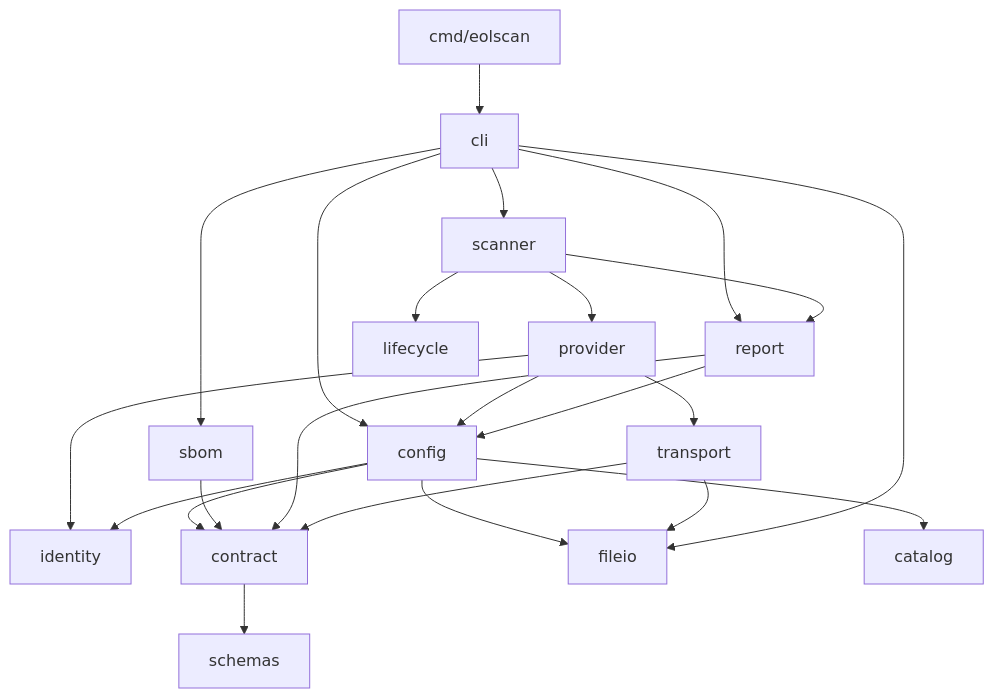
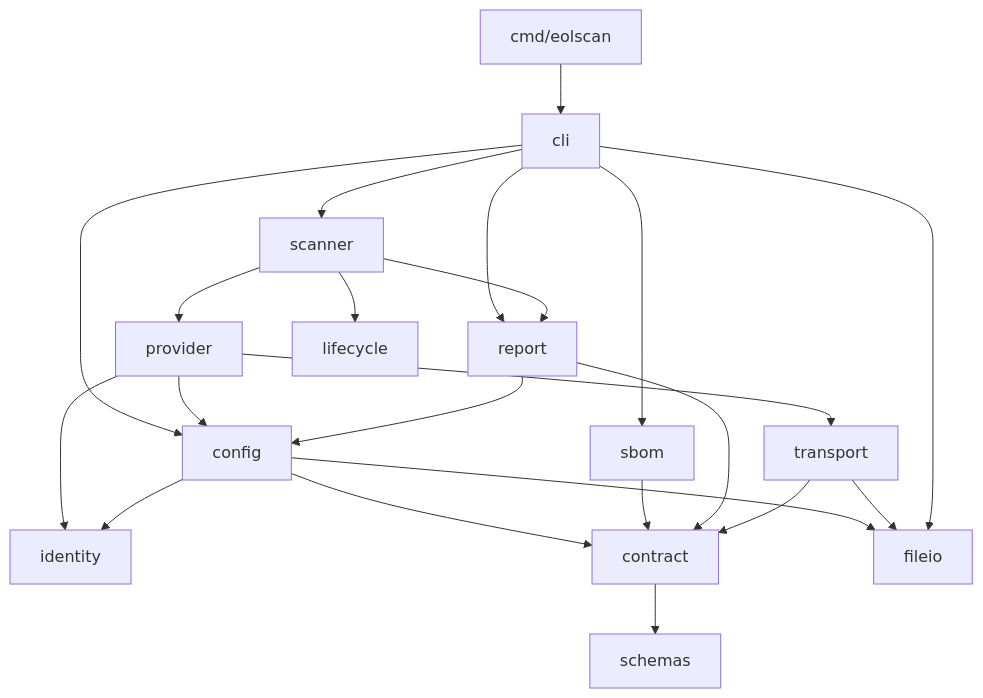
The diagram in docs/architecture.md (Pirikara/eolscan), drawn with Mermaid before and after one commit. The commit also changed other lines of this file and 45 other files, not shown here.

````diff
--- a/docs/architecture.md
+++ b/docs/architecture.md
@@ -28,25 +27,24 @@
 ```mermaid
 flowchart TD
     command["cmd/eolscan"] --> cli
     cli --> config
     cli --> sbom
     cli --> scanner
     cli --> report
     scanner --> provider
     scanner --> lifecycle
     scanner --> report
     provider --> transport
     provider --> identity
     provider --> config
     config --> identity
     config --> contract
     config --> fileio
-    config --> catalog
     sbom --> contract
     report --> contract
     report --> config
     transport --> contract
     transport --> fileio
     cli --> fileio
     contract --> schemas
 ```
````
